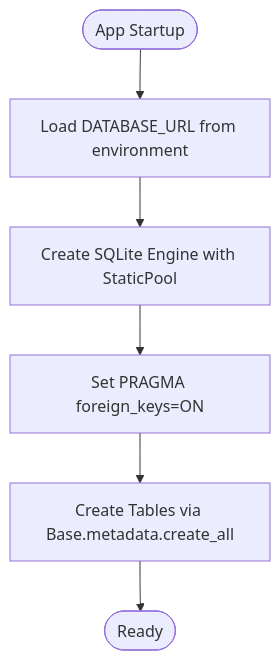
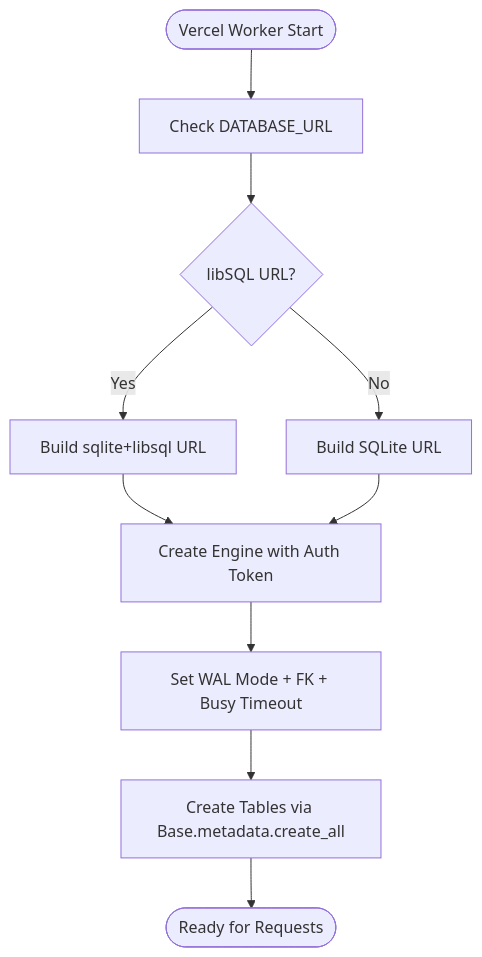
The third of 9 diagrams in .qoder/repowiki/en/content/Deployment & Operations.md (bikinaplikasipakeqoder-dot/payroll-hris), drawn with Mermaid before and after one commit. The commit also changed other lines of this file and 22 other files, not shown here.

````diff
--- a/.qoder/repowiki/en/content/Deployment & Operations.md
+++ b/.qoder/repowiki/en/content/Deployment & Operations.md
@@ -150,8 +182,12 @@
 ```mermaid
 flowchart TD
-Start(["App Startup"]) --> LoadCfg["Load DATABASE_URL from environment"]
-LoadCfg --> CreateEngine["Create SQLite Engine with StaticPool"]
-CreateEngine --> EnableFK["Set PRAGMA foreign_keys=ON"]
-EnableFK --> InitDB["Create Tables via Base.metadata.create_all"]
-InitDB --> Ready(["Ready"])
+Start(["Vercel Worker Start"]) --> CheckURL["Check DATABASE_URL"]
+CheckURL --> LibSQL{"libSQL URL?"}
+LibSQL --> |Yes| BuildLibSQL["Build sqlite+libsql URL"]
+LibSQL --> |No| BuildSQLite["Build SQLite URL"]
+BuildLibSQL --> CreateEngine["Create Engine with Auth Token"]
+BuildSQLite --> CreateEngine
+CreateEngine --> SetPRAGMA["Set WAL Mode + FK + Busy Timeout"]
+SetPRAGMA --> InitDB["Create Tables via Base.metadata.create_all"]
+InitDB --> Ready(["Ready for Requests"])
 ```
````
